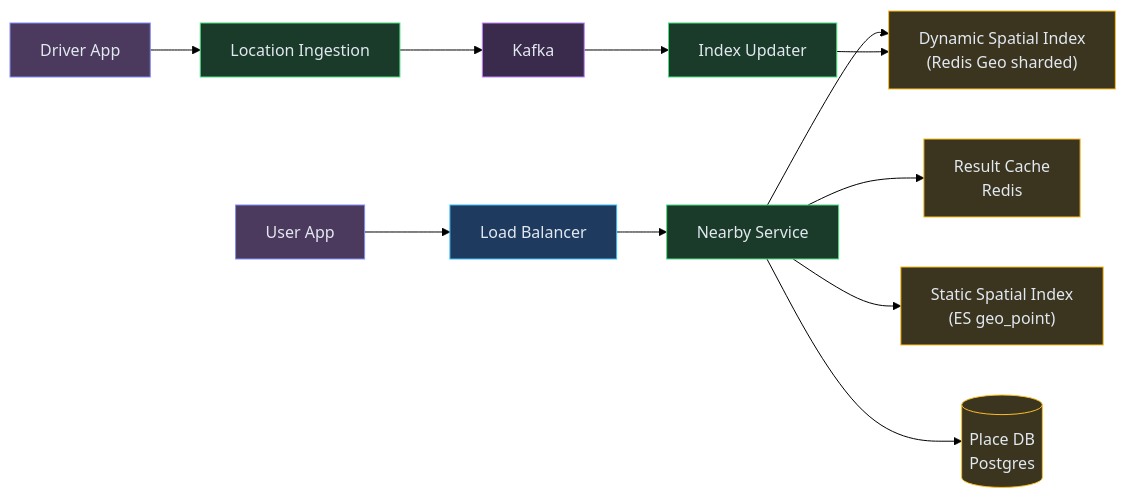
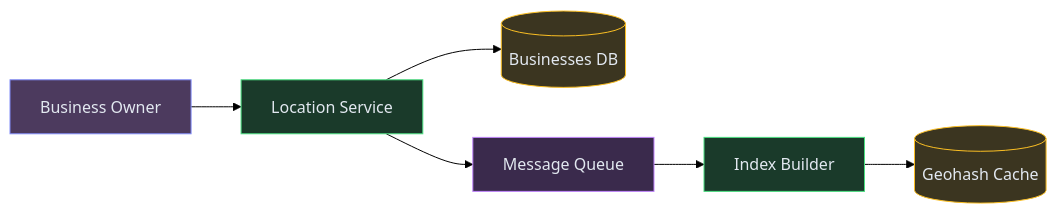
The fourth of 4 diagrams in content/hld/NearbyService.md (iluzn/HLD-Designs), drawn with Mermaid (forest theme) before and after one commit. The commit also changed other lines of this file and 8 other files, not shown here.

````diff
--- a/content/hld/NearbyService.md
+++ b/content/hld/NearbyService.md
@@ -343,31 +154,20 @@
 ```mermaid
 flowchart LR
-    USER["User App"]:::client
-    DRIVER["Driver App"]:::client
-    LB["Load Balancer"]:::edge
-    NEARBY["Nearby Service"]:::service
-    LOCAPI["Location Ingestion"]:::service
-    KAFKA["Kafka"]:::async
-    UPDATER["Index Updater"]:::service
-    STATIC["Static Spatial Index<br/>(ES geo_point)"]:::data
-    DYNAMIC["Dynamic Spatial Index<br/>(Redis Geo sharded)"]:::data
-    PLACEDB[("Place DB<br/>Postgres")]:::data
-    CACHE["Result Cache<br/>Redis"]:::data
+    OWNER["Business Owner"]:::client
+    API["Location Service"]:::service
+    DB[("Businesses DB")]:::data
+    MQ["Message Queue"]:::async
+    IDX["Index Builder"]:::service
+    CACHE[("Geohash Cache")]:::data
 
-    USER --> LB
-    LB --> NEARBY
-    NEARBY --> CACHE
-    NEARBY --> STATIC
-    NEARBY --> DYNAMIC
-    NEARBY --> PLACEDB
-    DRIVER --> LOCAPI
-    LOCAPI --> KAFKA
-    KAFKA --> UPDATER
-    UPDATER --> DYNAMIC
+    OWNER --> API
+    API --> DB
+    API --> MQ
+    MQ --> IDX
+    IDX --> CACHE
 
     classDef client fill:#4c3a5e,stroke:#818cf8,color:#e2e8f0
-    classDef edge fill:#1e3a5f,stroke:#38bdf8,color:#e2e8f0
     classDef service fill:#1a3a2a,stroke:#4ade80,color:#e2e8f0
     classDef data fill:#3b3520,stroke:#fbbf24,color:#e2e8f0
     classDef async fill:#3a2a4c,stroke:#c084fc,color:#e2e8f0
 ```
````
